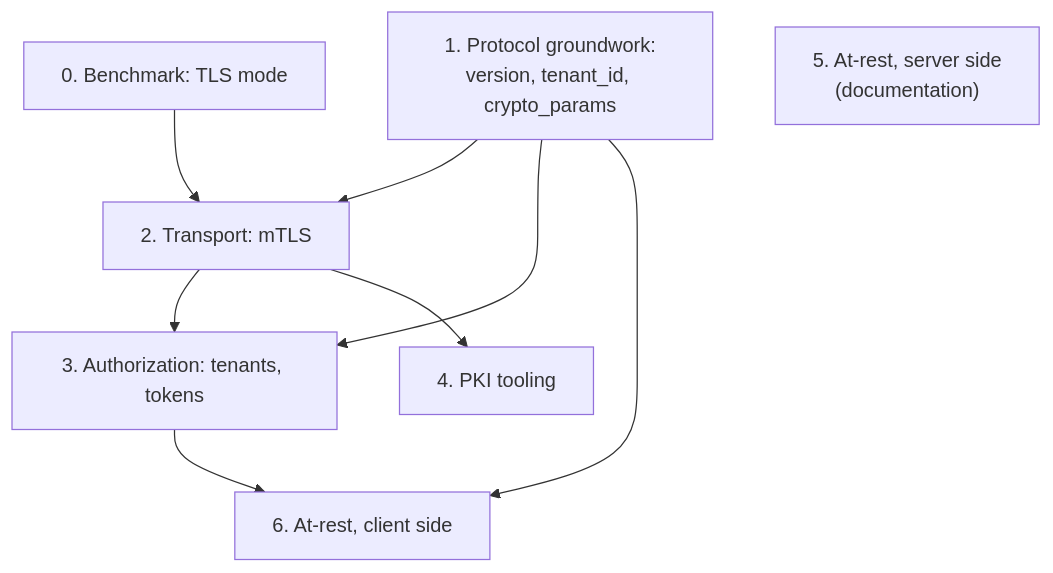
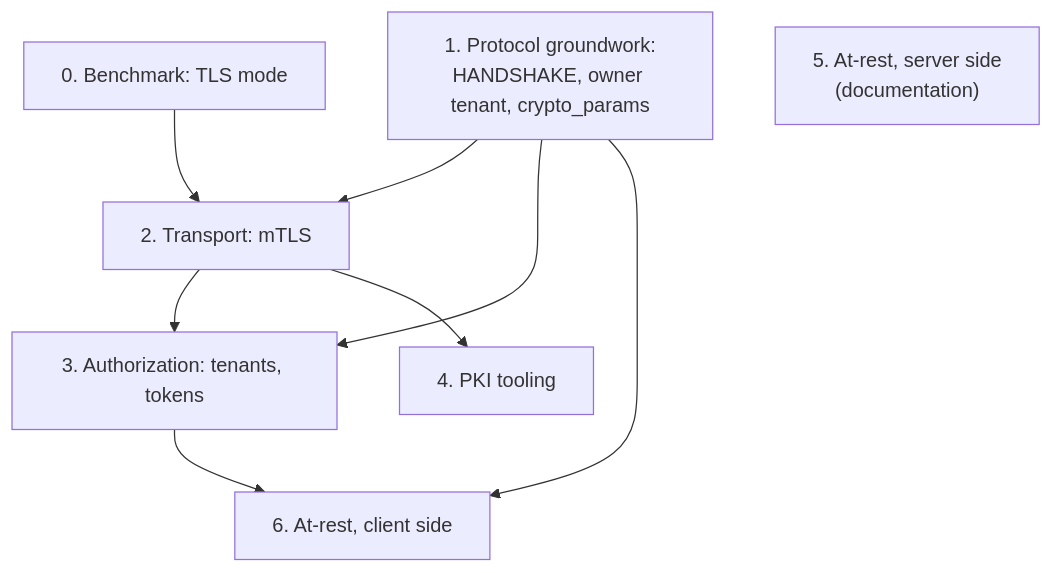
The fourth of 4 diagrams in docs/security.md (rawstor/librawstor), drawn with Mermaid before and after one commit. The commit also changed other lines of this file, not shown here.

First line of the commit message:
docs: security: bring the design in line with the tenants and HANDSHAKE in main

````diff
--- a/docs/security.md
+++ b/docs/security.md
@@ -747,11 +761,11 @@
 ```mermaid
 flowchart TD
     s0["0. Benchmark: TLS mode"] --> s2
-    s1["1. Protocol groundwork:<br/>version, tenant_id, crypto_params"] --> s2["2. Transport: mTLS"]
+    s1["1. Protocol groundwork:<br/>HANDSHAKE, owner tenant, crypto_params"] --> s2["2. Transport: mTLS"]
     s1 --> s3
     s2 --> s3["3. Authorization: tenants, tokens"]
     s2 --> s4["4. PKI tooling"]
     s1 --> s6
     s3 --> s6["6. At-rest, client side"]
     s5["5. At-rest, server side<br/>(documentation)"]
 ```
````
